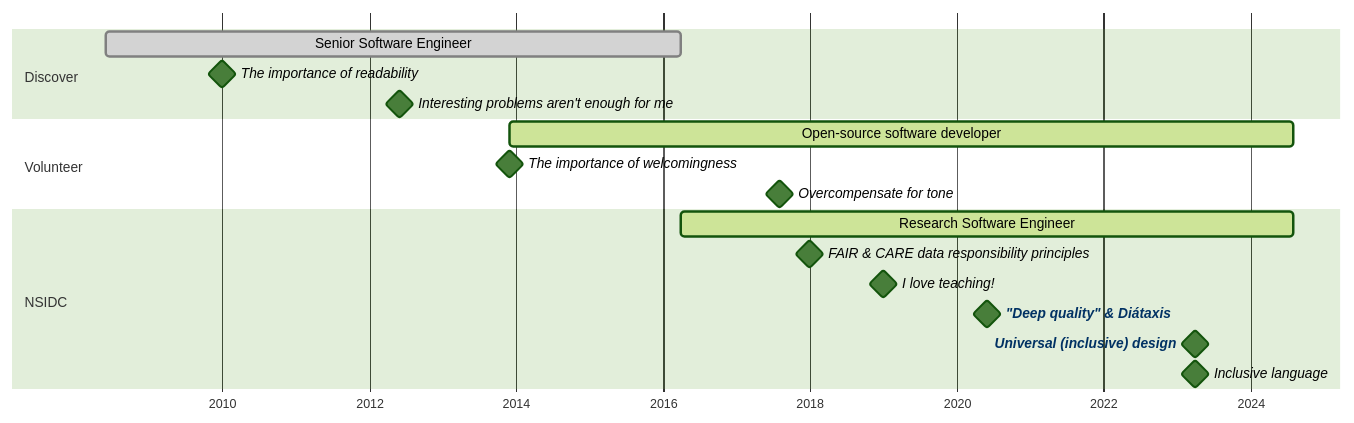
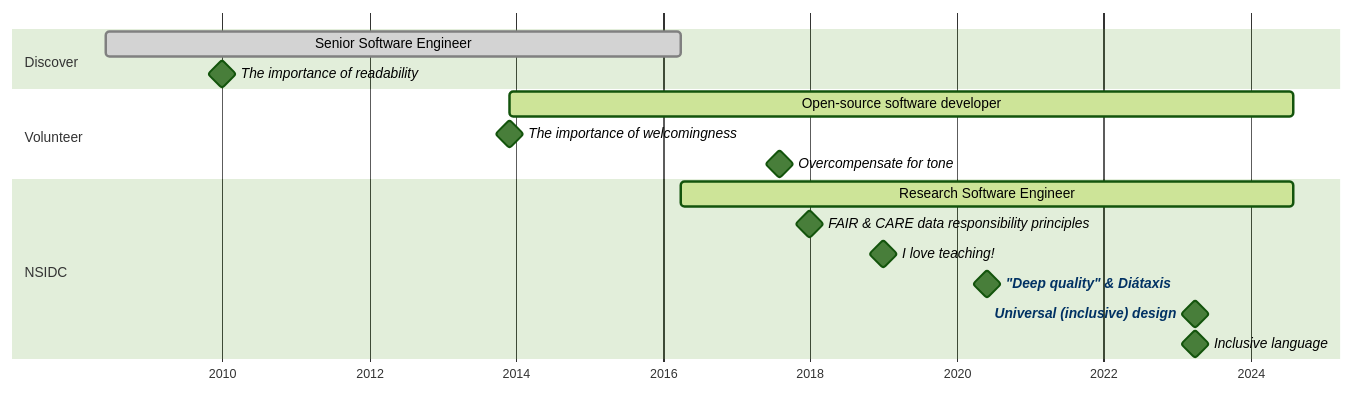
The second of 2 diagrams in index.qmd (mfisher87/presentation-self), drawn with Mermaid (forest theme) before and after one commit. The commit also changed other lines of this file, not shown here.

````diff
--- a/index.qmd
+++ b/index.qmd
@@ -161,30 +161,29 @@
 ```{mermaid}
 %% NOTE: Prefix `pfx-` is used to workaround a bug:
 %%       https://github.com/quarto-dev/quarto-cli/issues/10455
 gantt
   dateFormat YYYY-MM
   axisFormat %Y
 
   Section Discover
     Senior Software Engineer                     :done, pfx-dfs, 2008-06, 2016-04
     The importance of readability                :milestone, pfx-readability, 2010-01, 1d
-    Interesting problems aren't enough for me    :milestone, pfx-impact, 2012-06, 1d
 
   Section Volunteer
     Open-source software developer               :active, pfx-oss, 2013-12, 2024-08
     The importance of welcomingness              :milestone, pfx-welcoming, 2013-12, 1d
     Overcompensate for tone                      :milestone, pfx-tone, 2017-08, 1d
 
 
   Section NSIDC
     Research Software Engineer                   :active, pfx-nsidc, after pfx-dfs, 2024-08
     FAIR & CARE data responsibility principles   :milestone, pfx-faircare, 2018-01, 1d
     I love teaching!                             :milestone, pfx-teaching, 2019-01, 1d
     "Deep quality" & Diátaxis                    :milestone, pfx-diataxis, 2020-06, 1d
     Universal (inclusive) design                 :milestone, pfx-inclusive-design, 2023-04, 1d
     Inclusive language                           :milestone, pfx-inclusive-lang, 2023-04, 1d
 
 
   click pfx-diataxis href "https://www.diataxis.fr/"
   click pfx-inclusive-design href "https://alexjs.com/"
 ```
````
